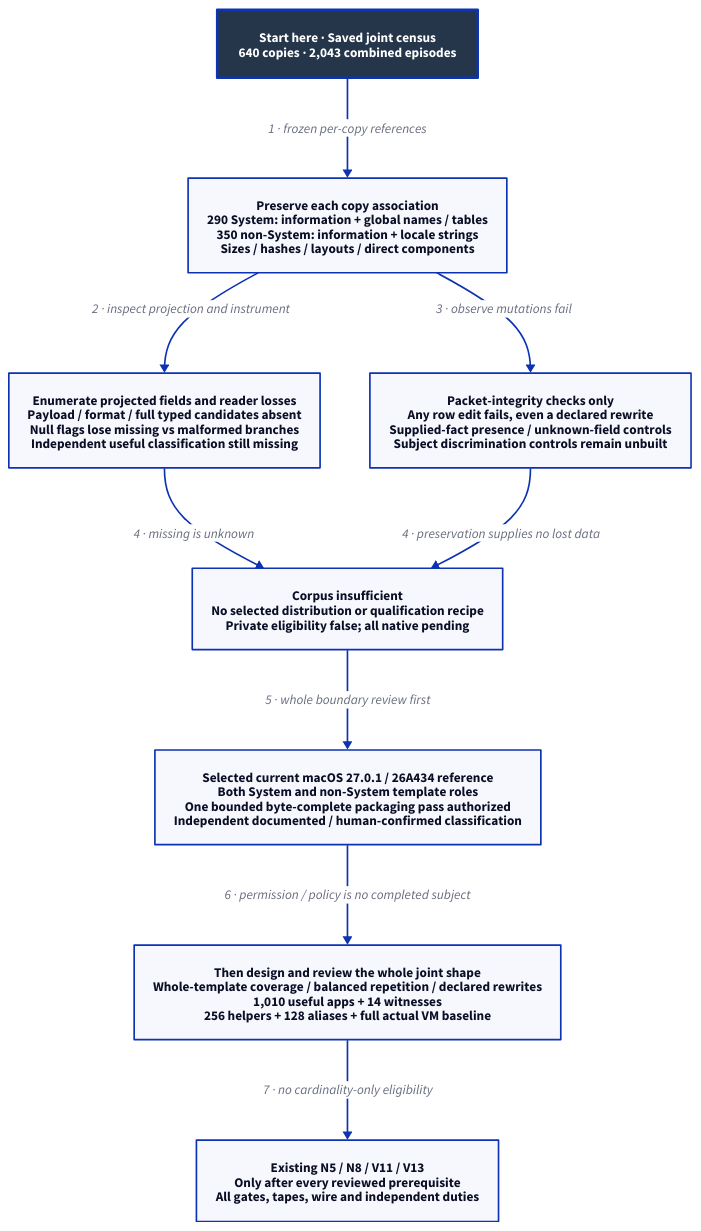
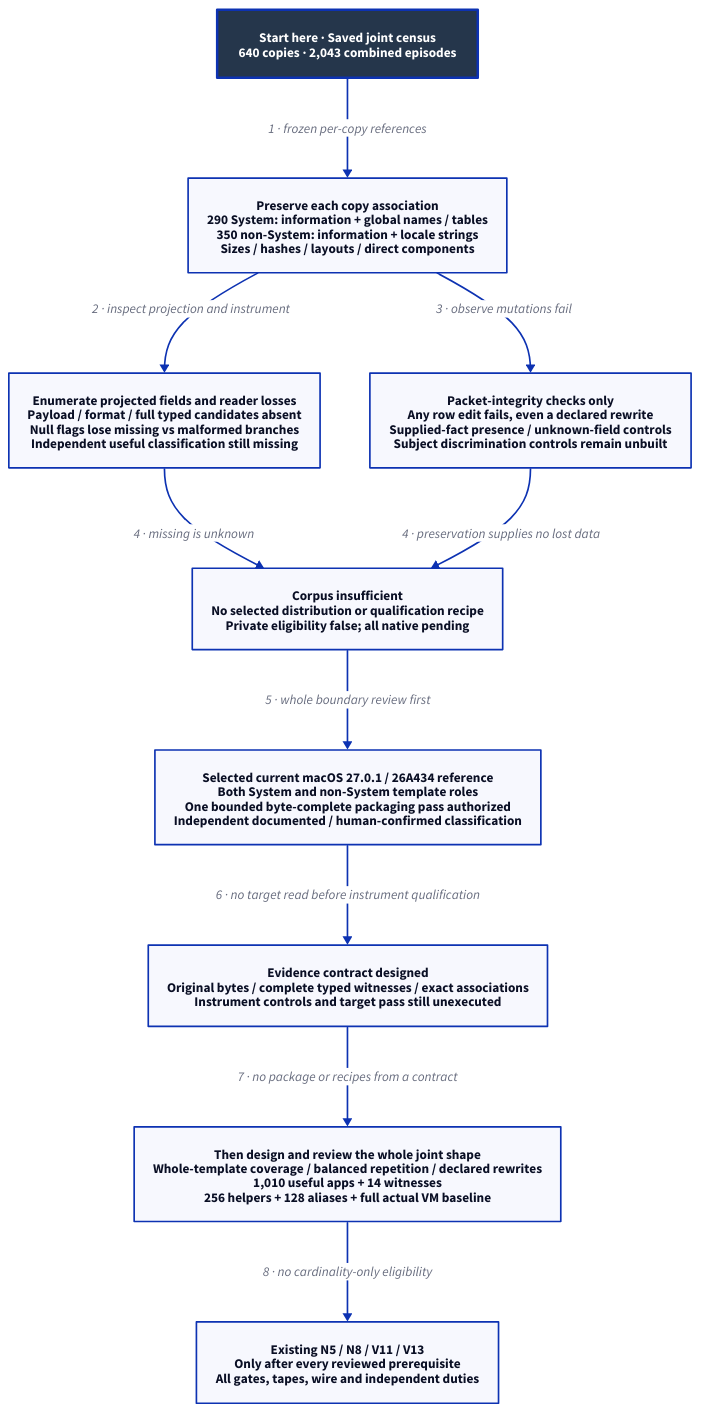
One commit to Linkuistics/Koine changed the diagram in docs/design/architecture/native-population-metadata-shape.d2. Above: the diagram before and after it, drawn with D2. The commit also changed 22 other files, not shown here.

Commit message:
Design byte-complete reference evidence contract (reference-evidence-contract-k243)

```diff
--- a/docs/design/architecture/native-population-metadata-shape.d2
+++ b/docs/design/architecture/native-population-metadata-shape.d2
@@ -1,21 +1,23 @@
 # Historical boundary and selected current-reference requirements; no useful subject or native pass.
 direction: down
 classes: {
   start: {style: {fill: "#25364B"; font-color: "#FFFFFF"; bold: true; stroke-width: 3}}
 }
 Start: "Start here · Saved joint census\n640 copies · 2,043 combined episodes" {class: start}
 Known: "Preserve each copy association\n290 System: information + global names / tables\n350 non-System: information + locale strings\nSizes / hashes / layouts / direct components"
 Missing: "Enumerate projected fields and reader losses\nPayload / format / full typed candidates absent\nNull flags lose missing vs malformed branches\nIndependent useful classification still missing"
 Control: "Packet-integrity checks only\nAny row edit fails, even a declared rewrite\nSupplied-fact presence / unknown-field controls\nSubject discrimination controls remain unbuilt"
 Boundary: "Corpus insufficient\nNo selected distribution or qualification recipe\nPrivate eligibility false; all native pending"
 Decision: "Selected current macOS 27.0.1 / 26A434 reference\nBoth System and non-System template roles\nOne bounded byte-complete packaging pass authorized\nIndependent documented / human-confirmed classification"
+Contract: "Evidence contract designed\nOriginal bytes / complete typed witnesses / exact associations\nInstrument controls and target pass still unexecuted"
 Design: "Then design and review the whole joint shape\nWhole-template coverage / balanced repetition / declared rewrites\n1,010 useful apps + 14 witnesses\n256 helpers + 128 aliases + full actual VM baseline"
 Native: "Existing N5 / N8 / V11 / V13\nOnly after every reviewed prerequisite\nAll gates, tapes, wire and independent duties"
 Start -> Known: "1 · frozen per-copy references"
 Known -> Missing: "2 · inspect projection and instrument"
 Known -> Control: "3 · observe mutations fail"
 Missing -> Boundary: "4 · missing is unknown"
 Control -> Boundary: "4 · preservation supplies no lost data"
 Boundary -> Decision: "5 · whole boundary review first"
-Decision -> Design: "6 · permission / policy is no completed subject"
-Design -> Native: "7 · no cardinality-only eligibility"
+Decision -> Contract: "6 · no target read before instrument qualification"
+Contract -> Design: "7 · no package or recipes from a contract"
+Design -> Native: "8 · no cardinality-only eligibility"
```
